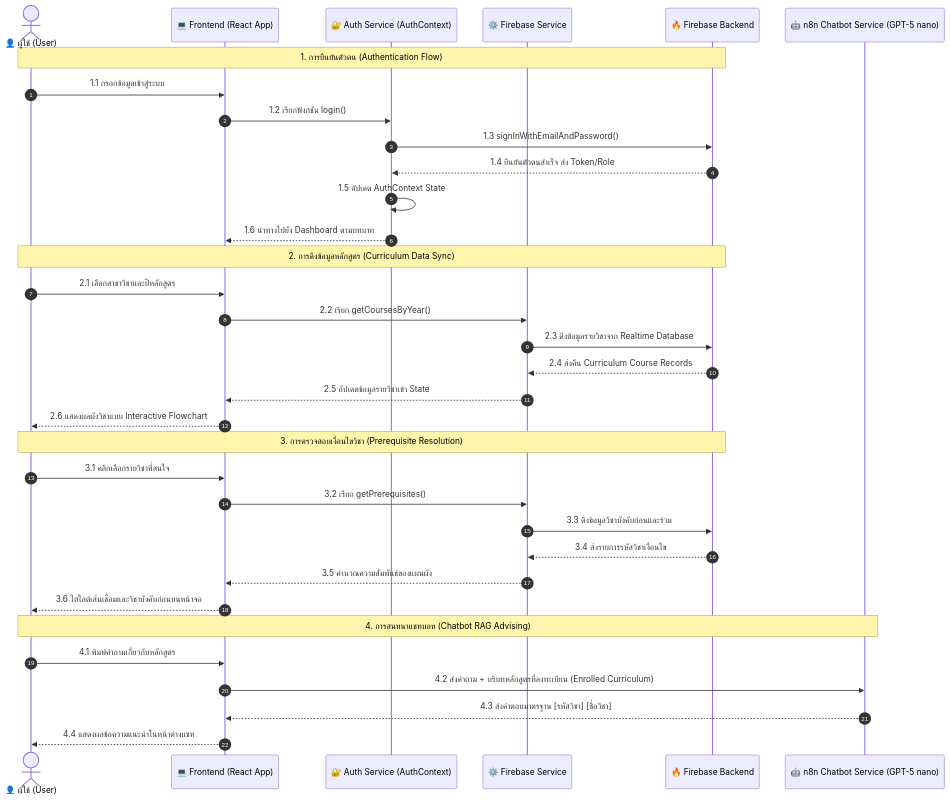
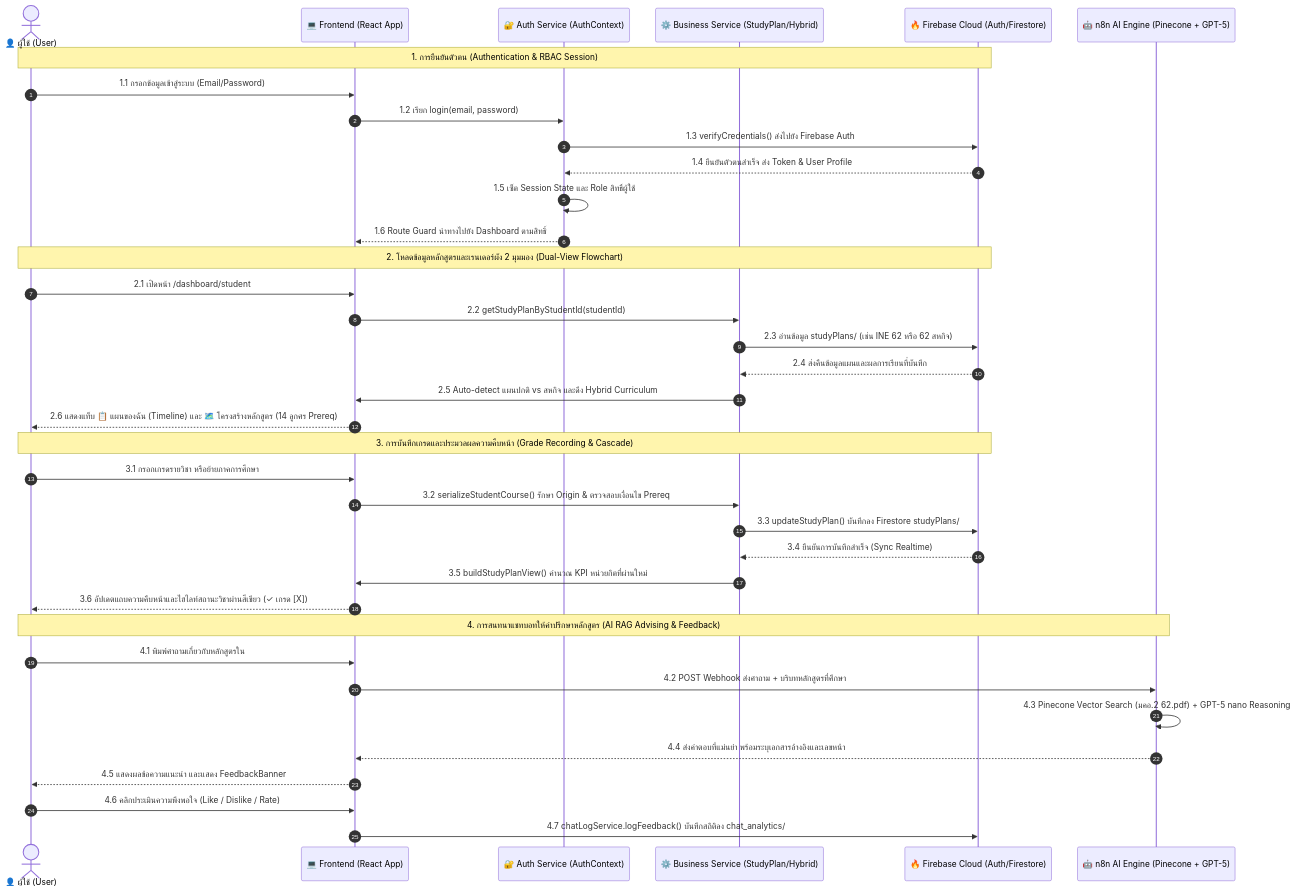
Before and after one commit to kainapatkmutnb/it-course-chatbot-main: the fourth of 4 diagrams in README.md, drawn with Mermaid. The commit also changed other lines of this file and 12 other files, not shown here.

Commit message:
docs: generate updated draw.io diagrams and high-contrast retina exports in diagrams2

````diff
--- a/README.md
+++ b/README.md
@@ -240,44 +242,47 @@
 ```mermaid
 sequenceDiagram
     autonumber
     actor User as 👤 ผู้ใช้ (User)
     participant UI as 💻 Frontend (React App)
     participant Auth as 🔐 Auth Service (AuthContext)
-    participant Svc as ⚙️ Firebase Service
-    participant FB as 🔥 Firebase Backend
-    participant N8N as 🤖 n8n Chatbot Service (GPT-5 nano)
+    participant Svc as ⚙️ Business Service (StudyPlan/Hybrid)
+    participant FB as 🔥 Firebase Cloud (Auth/Firestore)
+    participant N8N as 🤖 n8n AI Engine (Pinecone + GPT-5)
 
     %% Step 1: Login
-    Note over User,FB: 1. การยืนยันตัวตน (Authentication Flow)
-    User->>UI: 1.1 กรอกข้อมูลเข้าสู่ระบบ
-    UI->>Auth: 1.2 เรียกฟังก์ชัน login()
-    Auth->>FB: 1.3 signInWithEmailAndPassword()
-    FB-->>Auth: 1.4 ยืนยันตัวตนสำเร็จ ส่ง Token/Role
-    Auth->>Auth: 1.5 อัปเดต AuthContext State
-    Auth-->>UI: 1.6 นำทางไปยัง Dashboard ตามบทบาท
+    Note over User,FB: 1. การยืนยันตัวตน (Authentication & RBAC Session)
+    User->>UI: 1.1 กรอกข้อมูลเข้าสู่ระบบ (Email/Password)
+    UI->>Auth: 1.2 เรียก login(email, password)
+    Auth->>FB: 1.3 verifyCredentials() ส่งไปยัง Firebase Auth
+    FB-->>Auth: 1.4 ยืนยันตัวตนสำเร็จ ส่ง Token & User Profile
+    Auth->>Auth: 1.5 เซ็ต Session State และ Role สิทธิ์ผู้ใช้
+    Auth-->>UI: 1.6 Route Guard นำทางไปยัง Dashboard ตามสิทธิ์
 
-    %% Step 2: Curriculum Display
-    Note over User,FB: 2. การดึงข้อมูลหลักสูตร (Curriculum Data Sync)
-    User->>UI: 2.1 เลือกสาขาวิชาและปีหลักสูตร
-    UI->>Svc: 2.2 เรียก getCoursesByYear()
-    Svc->>FB: 2.3 ดึงข้อมูลรายวิชาจาก Realtime Database
-    FB-->>Svc: 2.4 ส่งคืน Curriculum Course Records
-    Svc-->>UI: 2.5 อัปเดตข้อมูลรายวิชาเข้า State
-    UI-->>User: 2.6 แสดงผลผังวิชาแบบ Interactive Flowchart
+    %% Step 2: Curriculum Display & Dual-View Flowchart
+    Note over User,FB: 2. โหลดข้อมูลหลักสูตรและเรนเดอร์ผัง 2 มุมมอง (Dual-View Flowchart)
+    User->>UI: 2.1 เปิดหน้า /dashboard/student
+    UI->>Svc: 2.2 getStudyPlanByStudentId(studentId)
+    Svc->>FB: 2.3 อ่านข้อมูล studyPlans/ (เช่น INE 62 หรือ 62 สหกิจ)
+    FB-->>Svc: 2.4 ส่งคืนข้อมูลแผนและผลการเรียนที่บันทึก
+    Svc->>UI: 2.5 Auto-detect แผนปกติ vs สหกิจ และดึง Hybrid Curriculum
+    UI-->>User: 2.6 แสดงแท็บ 📋 แผนของฉัน (Timeline) และ 🗺️ โครงสร้างหลักสูตร (14 ลูกศร Prereq)
 
-    %% Step 3: Prerequisites
-    Note over User,FB: 3. การตรวจสอบเงื่อนไขวิชา (Prerequisite Resolution)
-    User->>UI: 3.1 คลิกเลือกรายวิชาที่สนใจ
-    UI->>Svc: 3.2 เรียก getPrerequisites()
-    Svc->>FB: 3.3 ดึงข้อมูลวิชาบังคับก่อนและร่วม
-    FB-->>Svc: 3.4 ส่งรายการรหัสวิชาเงื่อนไข
-    Svc-->>UI: 3.5 คำนวณความสัมพันธ์ของแผนผัง
-    UI-->>User: 3.6 ไฮไลต์เส้นเชื่อมและวิชาบังคับก่อนบนหน้าจอ
+    %% Step 3: Grade Recording & Prerequisite Resolution
+    Note over User,FB: 3. การบันทึกเกรดและประมวลผลความคืบหน้า (Grade Recording & Cascade)
+    User->>UI: 3.1 กรอกเกรดรายวิชา หรือย้ายภาคการศึกษา
+    UI->>Svc: 3.2 serializeStudentCourse() รักษา Origin & ตรวจสอบเงื่อนไข Prereq
+    Svc->>FB: 3.3 updateStudyPlan() บันทึกลง Firestore studyPlans/
+    FB-->>Svc: 3.4 ยืนยันการบันทึกสำเร็จ (Sync Realtime)
+    Svc->>UI: 3.5 buildStudyPlanView() คำนวณ KPI หน่วยกิตที่ผ่านใหม่
+    UI-->>User: 3.6 อัปเดตแถบความคืบหน้าและไฮไลท์สถานะวิชาผ่านสีเขียว (✓ เกรด [X])
 
-    %% Step 4: Chatbot Interaction
-    Note over User,N8N: 4. การสนทนาแชทบอท (Chatbot RAG Advising)
-    User->>UI: 4.1 พิมพ์คำถามเกี่ยวกับหลักสูตร
-    UI->>N8N: 4.2 ส่งคำถาม + บริบทหลักสูตรที่ลงทะเบียน (Enrolled Curriculum)
-    N8N-->>UI: 4.3 ส่งคำตอบมาตรฐาน [รหัสวิชา] [ชื่อวิชา]
-    UI-->>User: 4.4 แสดงผลข้อความแนะนำในหน้าต่างแชท
+    %% Step 4: Chatbot Interaction & Feedback Loop
+    Note over User,N8N: 4. การสนทนาแชทบอทให้คำปรึกษาหลักสูตร (AI RAG Advising & Feedback)
+    User->>UI: 4.1 พิมพ์คำถามเกี่ยวกับหลักสูตรใน #n8n-chat
+    UI->>N8N: 4.2 POST Webhook ส่งคำถาม + บริบทหลักสูตรที่ศึกษา
+    N8N->>N8N: 4.3 Pinecone Vector Search (มคอ.2 62.pdf) + GPT-5 nano Reasoning
+    N8N-->>UI: 4.4 ส่งคำตอบที่แม่นยำ พร้อมระบุเอกสารอ้างอิงและเลขหน้า
+    UI-->>User: 4.5 แสดงผลข้อความแนะนำ และแสดง FeedbackBanner
+    User->>UI: 4.6 คลิกประเมินความพึงพอใจ (Like / Dislike / Rate)
+    UI->>FB: 4.7 chatLogService.logFeedback() บันทึกสถิติลง chat_analytics/
 ```
````
